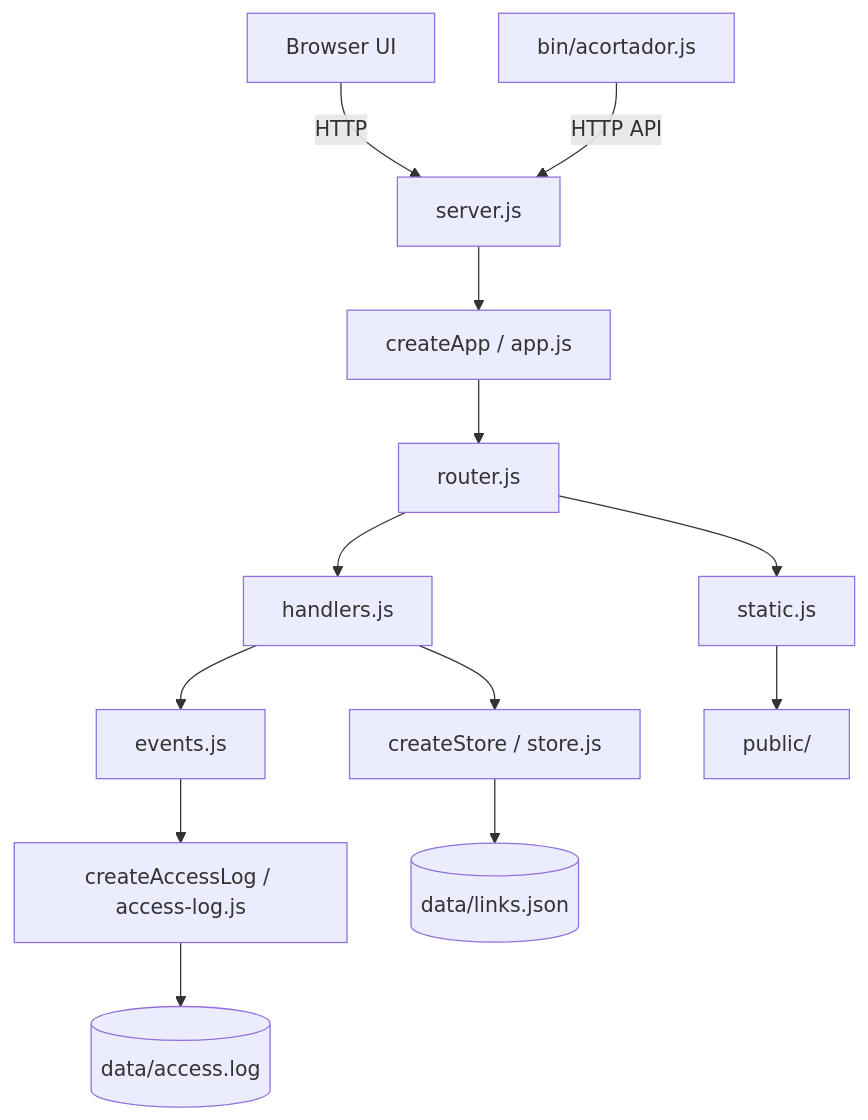
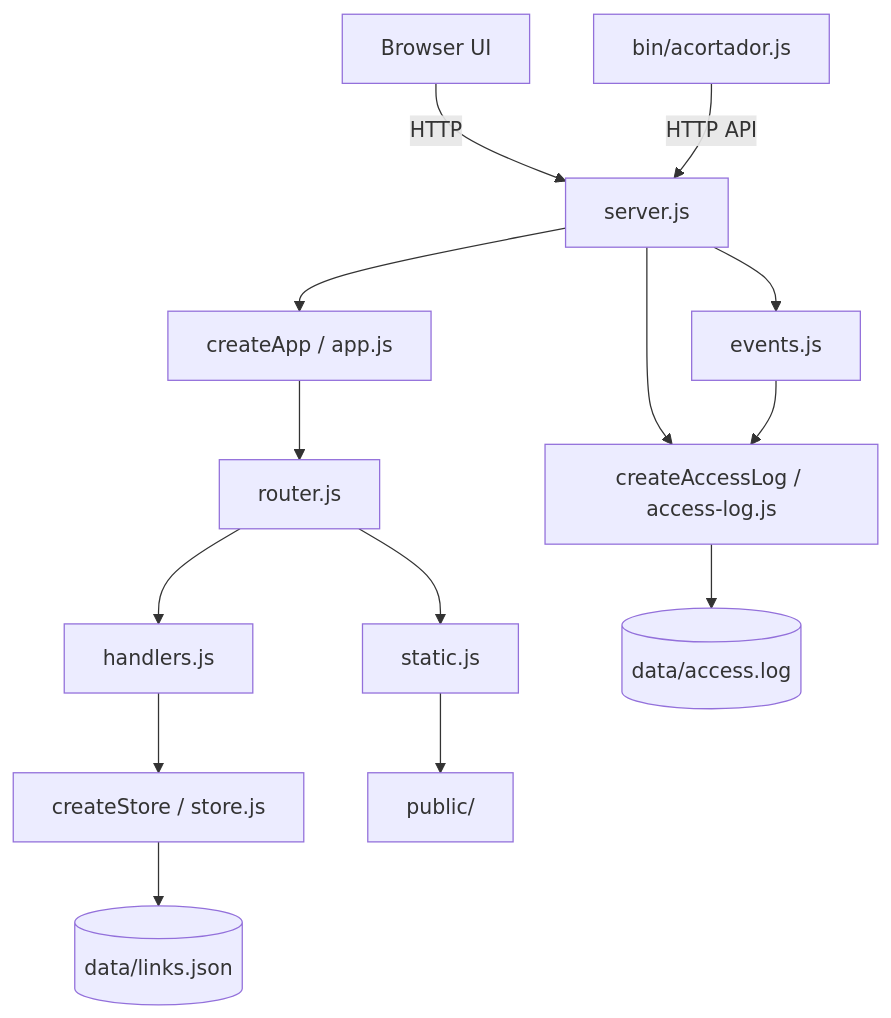
Before and after one commit to errecart/acortador-URLs: the diagram in README.md, drawn with Mermaid. The commit also changed other lines of this file and 18 other files, not shown here.

````diff
--- a/README.md
+++ b/README.md
@@ -106,15 +107,16 @@
 ```mermaid
 flowchart TD
   Browser[Browser UI] -->|HTTP| Server[server.js]
   CLI[bin/acortador.js] -->|HTTP API| Server
   Server --> App[createApp / app.js]
+  Server --> Events[events.js]
+  Server --> AccessLog[createAccessLog / access-log.js]
   App --> Router[router.js]
   Router --> Handlers[handlers.js]
   Router --> Static[static.js]
   Handlers --> Store[createStore / store.js]
-  Handlers --> Events[events.js]
   Events --> AccessLog[createAccessLog / access-log.js]
   Store --> Links[(data/links.json)]
   AccessLog --> Log[(data/access.log)]
   Static --> Public[public/]
 ```
````
